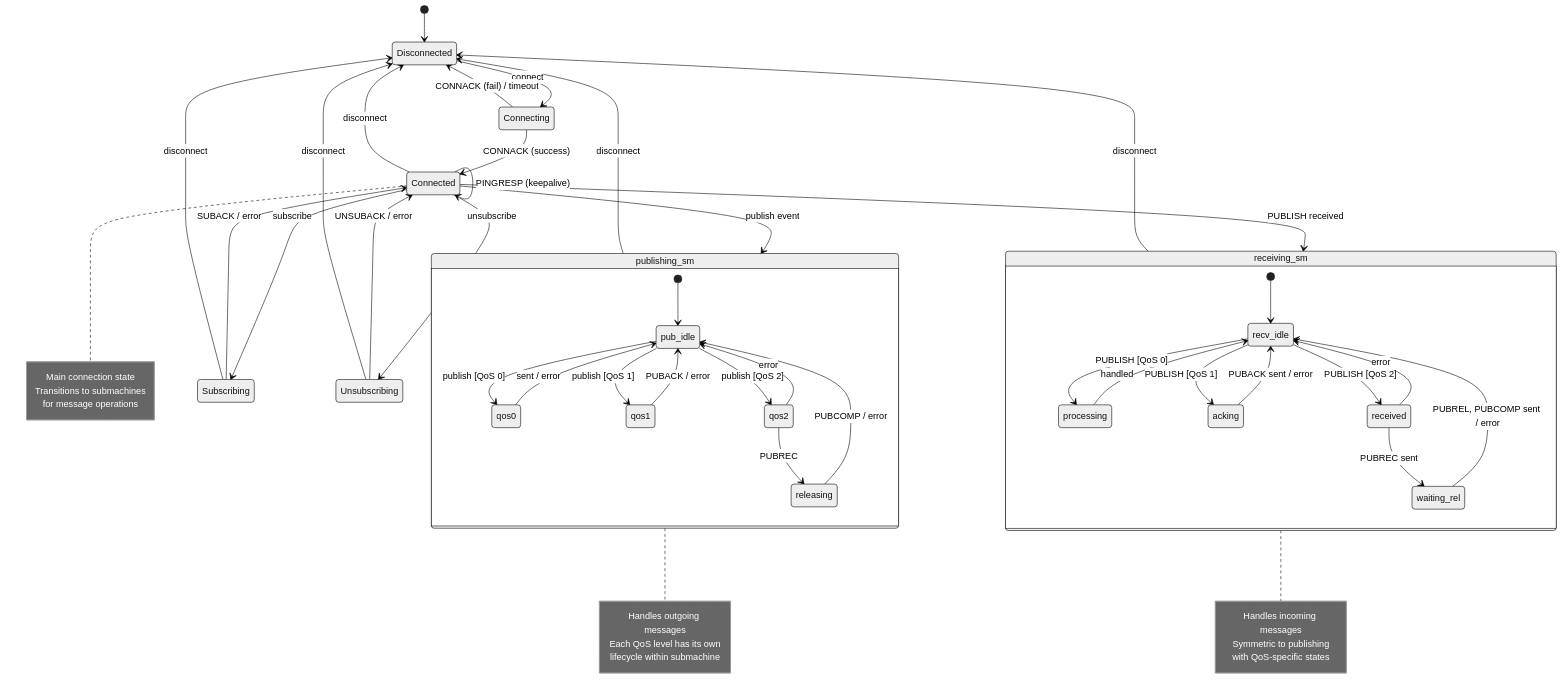
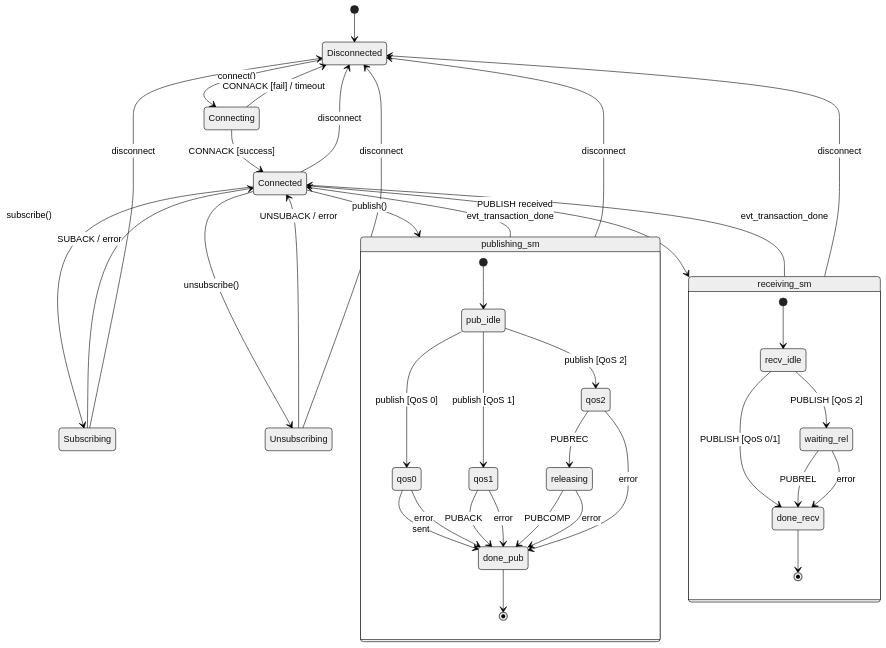
Before and after one commit to d-o/sml-mqtt-cli: the diagram in README.md, drawn with Mermaid (neutral theme). The commit also changed other lines of this file and 17 other files, not shown here.

````diff
--- a/README.md
+++ b/README.md
@@ -62,71 +63,50 @@
 ```mermaid
 stateDiagram-v2
     [*] --> Disconnected
 
-    Disconnected --> Connecting: connect
-    Connecting --> Connected: CONNACK (success)
-    Connecting --> Disconnected: CONNACK (fail) / timeout
-
-    Connected --> Disconnected: disconnect
-    Connected --> Connected: PINGRESP (keepalive)
+    Disconnected --> Connecting : connect()
+    Connecting --> Connected : CONNACK [success]
+    Connecting --> Disconnected : CONNACK [fail] / timeout
+    Connected --> Disconnected : disconnect
 
     state publishing_sm {
         [*] --> pub_idle
-        pub_idle --> qos0: publish [QoS 0]
-        qos0 --> pub_idle: sent / error
-
-        pub_idle --> qos1: publish [QoS 1]
-        qos1 --> pub_idle: PUBACK / error
-
-        pub_idle --> qos2: publish [QoS 2]
-        qos2 --> releasing: PUBREC
-        qos2 --> pub_idle: error
-        releasing --> pub_idle: PUBCOMP / error
+        pub_idle --> qos0 : publish [QoS 0]
+        qos0 --> done_pub : sent
+        pub_idle --> qos1 : publish [QoS 1]
+        qos1 --> done_pub : PUBACK
+        pub_idle --> qos2 : publish [QoS 2]
+        qos2 --> releasing : PUBREC
+        releasing --> done_pub : PUBCOMP
+        qos0 --> done_pub : error
+        qos1 --> done_pub : error
+        qos2 --> done_pub : error
+        releasing --> done_pub : error
+        done_pub --> [*]
     }
 
     state receiving_sm {
         [*] --> recv_idle
-        recv_idle --> processing: PUBLISH [QoS 0]
-        processing --> recv_idle: handled
-
-        recv_idle --> acking: PUBLISH [QoS 1]
-        acking --> recv_idle: PUBACK sent / error
-
-        recv_idle --> received: PUBLISH [QoS 2]
-        received --> waiting_rel: PUBREC sent
-        received --> recv_idle: error
-        waiting_rel --> recv_idle: PUBREL, PUBCOMP sent / error
+        recv_idle --> done_recv : PUBLISH [QoS 0/1]
+        recv_idle --> waiting_rel : PUBLISH [QoS 2]
+        waiting_rel --> done_recv : PUBREL
+        waiting_rel --> done_recv : error
+        done_recv --> [*]
     }
 
-    Connected --> publishing_sm: publish event
-    Connected --> receiving_sm: PUBLISH received
+    Connected --> publishing_sm : publish()
+    publishing_sm --> Connected : evt_transaction_done
+    publishing_sm --> Disconnected : disconnect
 
-    Connected --> Subscribing: subscribe
-    Subscribing --> Connected: SUBACK / error
+    Connected --> receiving_sm : PUBLISH received
+    receiving_sm --> Connected : evt_transaction_done
+    receiving_sm --> Disconnected : disconnect
 
-    Connected --> Unsubscribing: unsubscribe
-    Unsubscribing --> Connected: UNSUBACK / error
+    Connected --> Subscribing : subscribe()
+    Subscribing --> Connected : SUBACK / error
+    Subscribing --> Disconnected : disconnect
 
-    publishing_sm --> Disconnected: disconnect
-    receiving_sm --> Disconnected: disconnect
-    Subscribing --> Disconnected: disconnect
-    Unsubscribing --> Disconnected: disconnect
-
-    note right of Connected
-        Main connection state
-        Transitions to submachines
-        for message operations
-    end note
-
-    note right of publishing_sm
-        Handles outgoing messages
-        Each QoS level has its own
-        lifecycle within submachine
-    end note
-
-    note right of receiving_sm
-        Handles incoming messages
-        Symmetric to publishing
-        with QoS-specific states
-    end note
+    Connected --> Unsubscribing : unsubscribe()
+    Unsubscribing --> Connected : UNSUBACK / error
+    Unsubscribing --> Disconnected : disconnect
 ```
````
